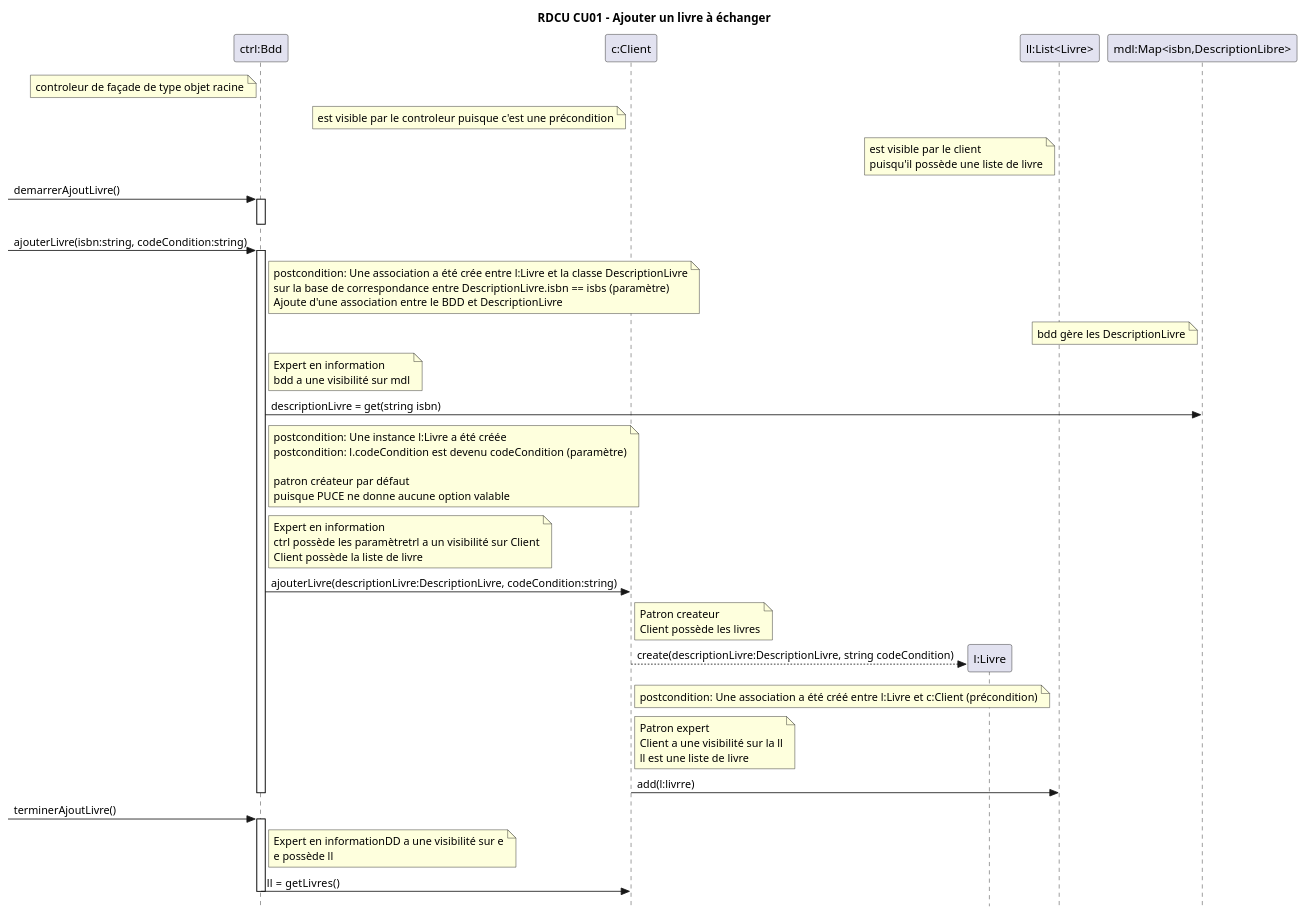
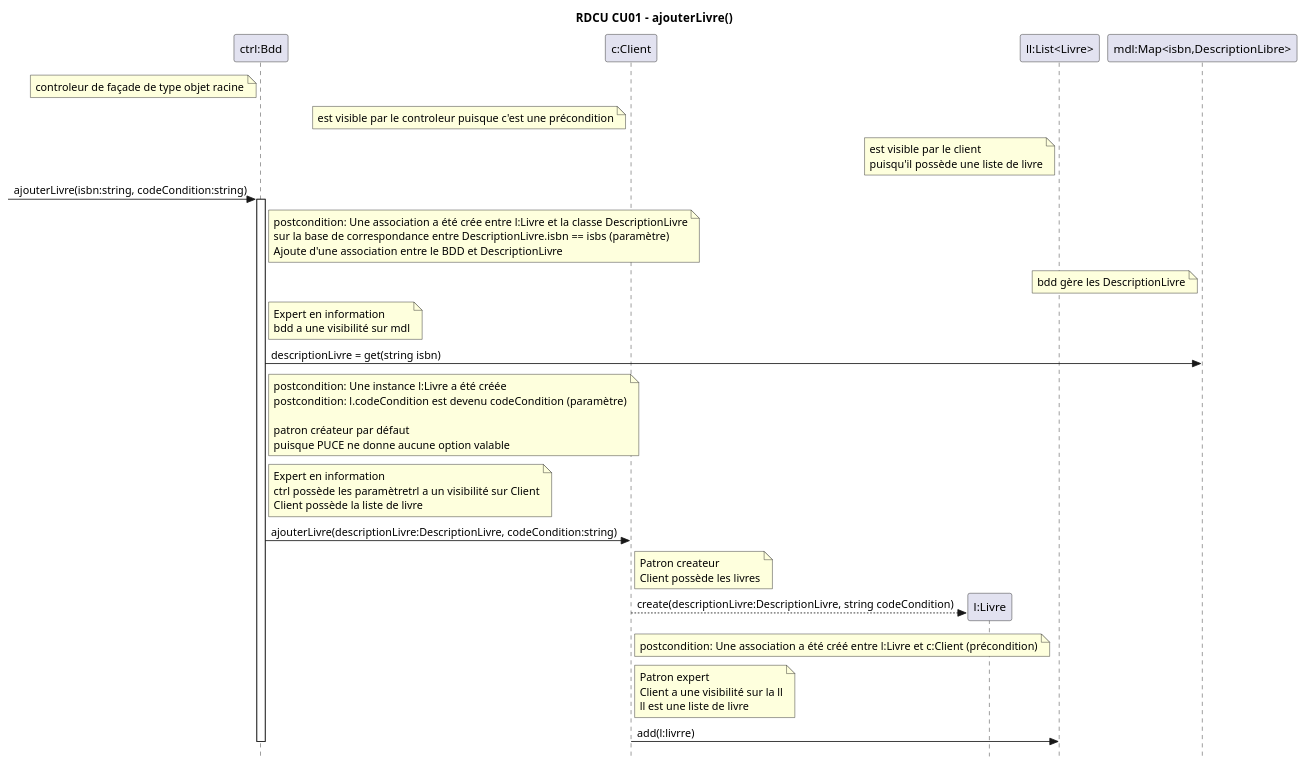
One commit to yvanross/LOG210-exercices changed the fourth of 14 diagrams in DCU-CU-MDD-DSS-CON-RDCU-DCC/MDD-DSS-CON-RDCU-DCL-systeme-echange-livre.md. Above: the diagram before and after it, drawn with PlantUML. The commit also changed other lines of this file, not shown here.

Commit message:
split rdcu

````diff
--- a/DCU-CU-MDD-DSS-CON-RDCU-DCC/MDD-DSS-CON-RDCU-DCL-systeme-echange-livre.md
+++ b/DCU-CU-MDD-DSS-CON-RDCU-DCC/MDD-DSS-CON-RDCU-DCL-systeme-echange-livre.md
@@ -118,58 +134,42 @@
 ```plantuml
 @startuml
+title RDCU CU01 -  ajouterLivre()
 skinparam style strictuml
-title RDCU CU01 - Ajouter un livre à échanger
+
 
 participant "ctrl:Bdd" as S
 note left of S: controleur de façade de type objet racine
 
 participant "c:Client" as C
 note left of C: est visible par le controleur puisque c'est une précondition
 
 participant "l:Livre" as L
 
 participant "ll:List<Livre>" as LL
 note left of LL: est visible par le client\npuisqu'il possède une liste de livre
-
- -> S: demarrerAjoutLivre()
-activate S
-deactivate S
-
-
 
  -> S: ajouterLivre(isbn:string, codeCondition:string)
 activate S
 
 note right of S: postcondition: Une association a été crée entre l:Livre et la classe DescriptionLivre\nsur la base de correspondance entre DescriptionLivre.isbn == isbs (paramètre)\nAjoute d'une association entre le BDD et DescriptionLivre
 
 participant "mdl:Map<isbn,DescriptionLibre>" as MDL
 note left of MDL: bdd gère les DescriptionLivre
 note right of S: Expert en information\nbdd a une visibilité sur mdl
 S -> MDL: descriptionLivre = get(string isbn)
 
 note right of S: postcondition: Une instance l:Livre a été créée\npostcondition: l.codeCondition est devenu codeCondition (paramètre)\n\npatron créateur par défaut\npuisque PUCE ne donne aucune option valable
 
 note right of S: Expert en information\nctrl possède les paramètre\ctrl a un visibilité sur Client\nClient possède la liste de livre
 S -> C: ajouterLivre(descriptionLivre:DescriptionLivre, codeCondition:string)
 
 note right of C: Patron createur\nClient possède les livres
 C --> L**: create(descriptionLivre:DescriptionLivre, string codeCondition)
 
 note right of C: postcondition: Une association a été créé entre l:Livre et c:Client (précondition)
 note right of C: Patron expert\nClient a une visibilité sur la ll\nll est une liste de livre
 C -> LL: add(l:livrre)
 
 deactivate S
-
-
- -> S: terminerAjoutLivre()
- activate S
- note right of S: Expert en information\BDD a une visibilité sur e\ne possède ll
-S->C: ll =  getLivres()
-
-
-
- deactivate S
-
 @enduml
 ```
````
